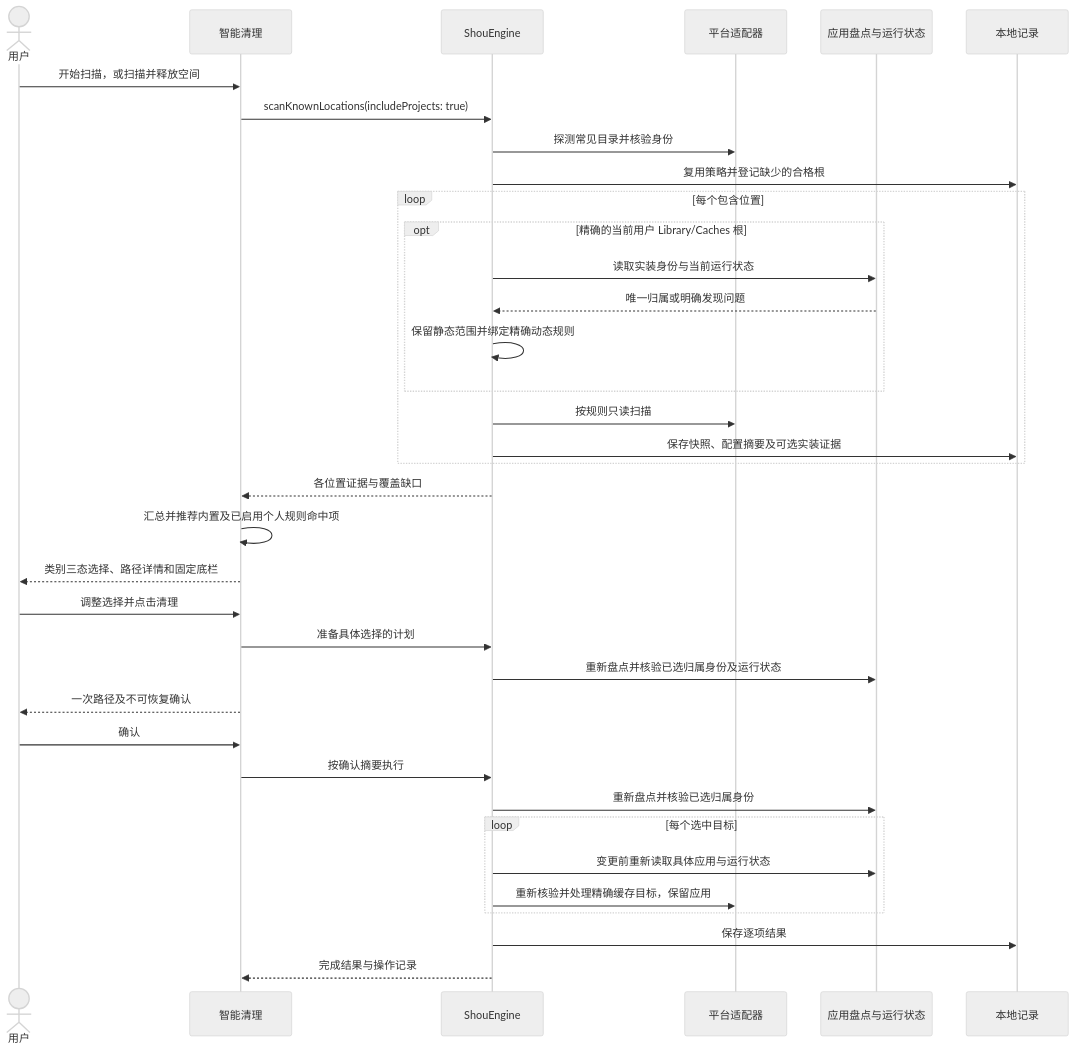
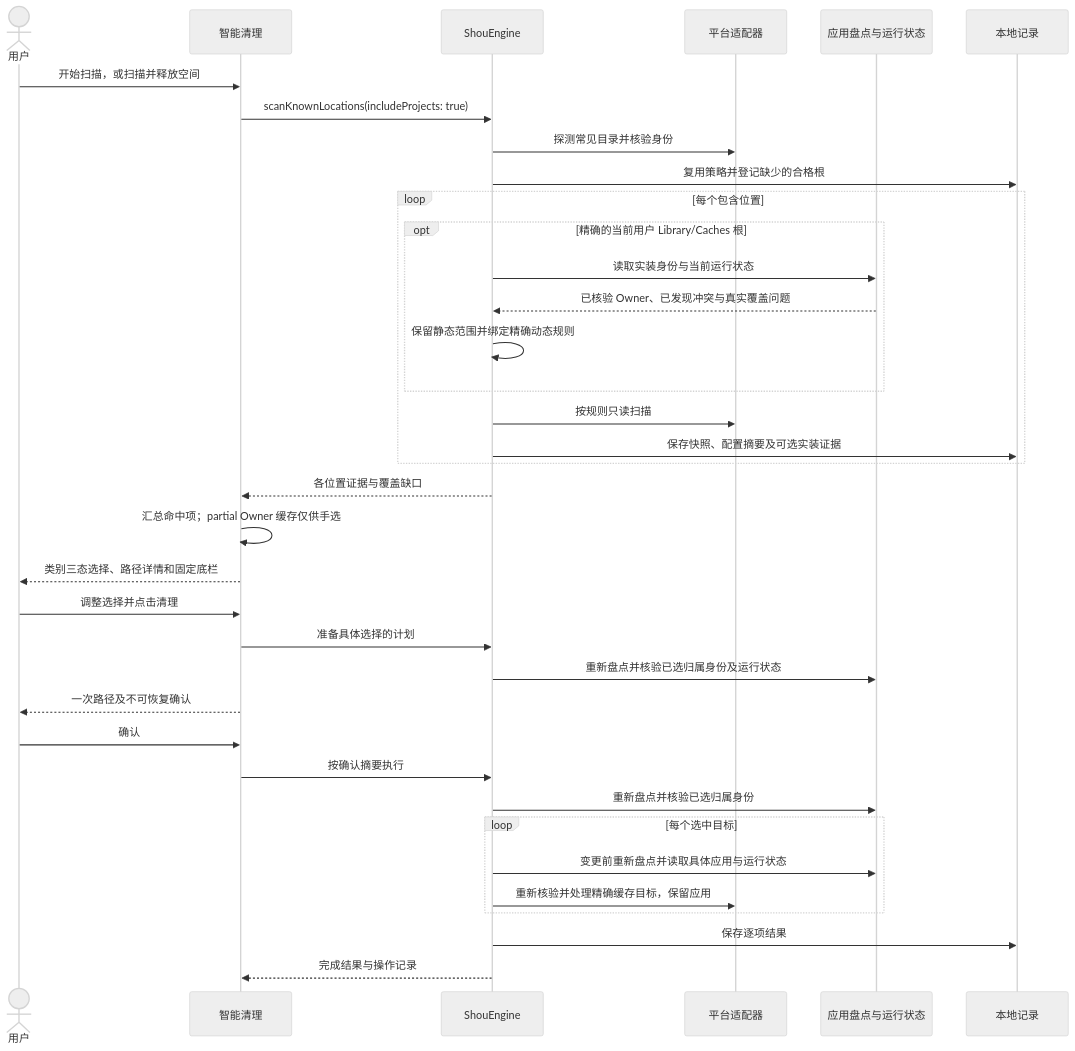
One commit to limecloud/shou changed the third of 3 diagrams in docs/zh-CN/product/unified-cleanup.md. Above: the diagram before and after it, drawn with Mermaid (neutral theme). The commit also changed other lines of this file and 87 other files, not shown here.

````diff
--- a/docs/zh-CN/product/unified-cleanup.md
+++ b/docs/zh-CN/product/unified-cleanup.md
@@ -85,38 +91,38 @@
 ```mermaid
 sequenceDiagram
   actor User as 用户
   participant UI as 智能清理
   participant Engine as ShouEngine
   participant FS as 平台适配器
   participant Apps as 应用盘点与运行状态
   participant Store as 本地记录
   User->>UI: 开始扫描，或扫描并释放空间
   UI->>Engine: scanKnownLocations(includeProjects: true)
   Engine->>FS: 探测常见目录并核验身份
   Engine->>Store: 复用策略并登记缺少的合格根
   loop 每个包含位置
     opt 精确的当前用户 Library/Caches 根
       Engine->>Apps: 读取实装身份与当前运行状态
-      Apps-->>Engine: 唯一归属或明确发现问题
+      Apps-->>Engine: 已核验 Owner、已发现冲突与真实覆盖问题
       Engine->>Engine: 保留静态范围并绑定精确动态规则
     end
     Engine->>FS: 按规则只读扫描
     Engine->>Store: 保存快照、配置摘要及可选实装证据
   end
   Engine-->>UI: 各位置证据与覆盖缺口
-  UI->>UI: 汇总并推荐内置及已启用个人规则命中项
+  UI->>UI: 汇总命中项；partial Owner 缓存仅供手选
   UI-->>User: 类别三态选择、路径详情和固定底栏
   User->>UI: 调整选择并点击清理
   UI->>Engine: 准备具体选择的计划
   Engine->>Apps: 重新盘点并核验已选归属身份及运行状态
   UI-->>User: 一次路径及不可恢复确认
   User->>UI: 确认
   UI->>Engine: 按确认摘要执行
   Engine->>Apps: 重新盘点并核验已选归属身份
   loop 每个选中目标
-    Engine->>Apps: 变更前重新读取具体应用与运行状态
+    Engine->>Apps: 变更前重新盘点并读取具体应用与运行状态
     Engine->>FS: 重新核验并处理精确缓存目标，保留应用
   end
   Engine->>Store: 保存逐项结果
   Engine-->>UI: 完成结果与操作记录
 ```
````
